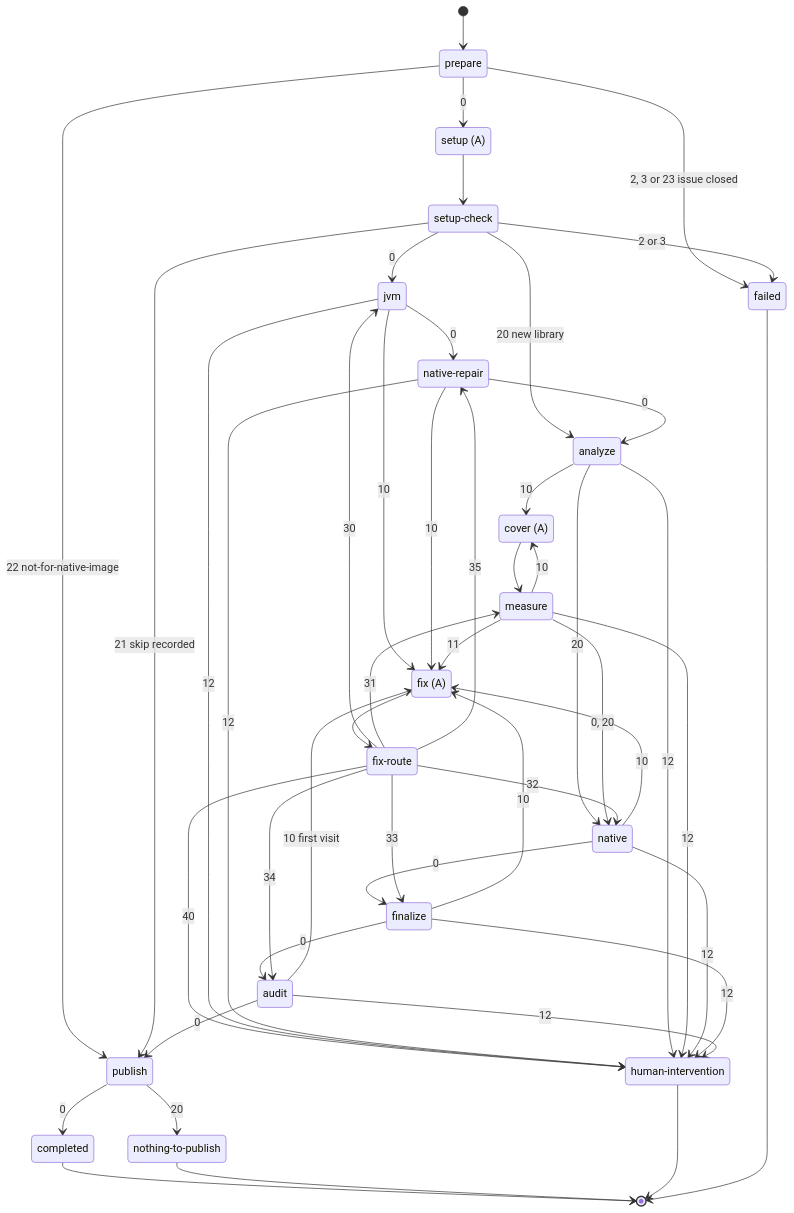
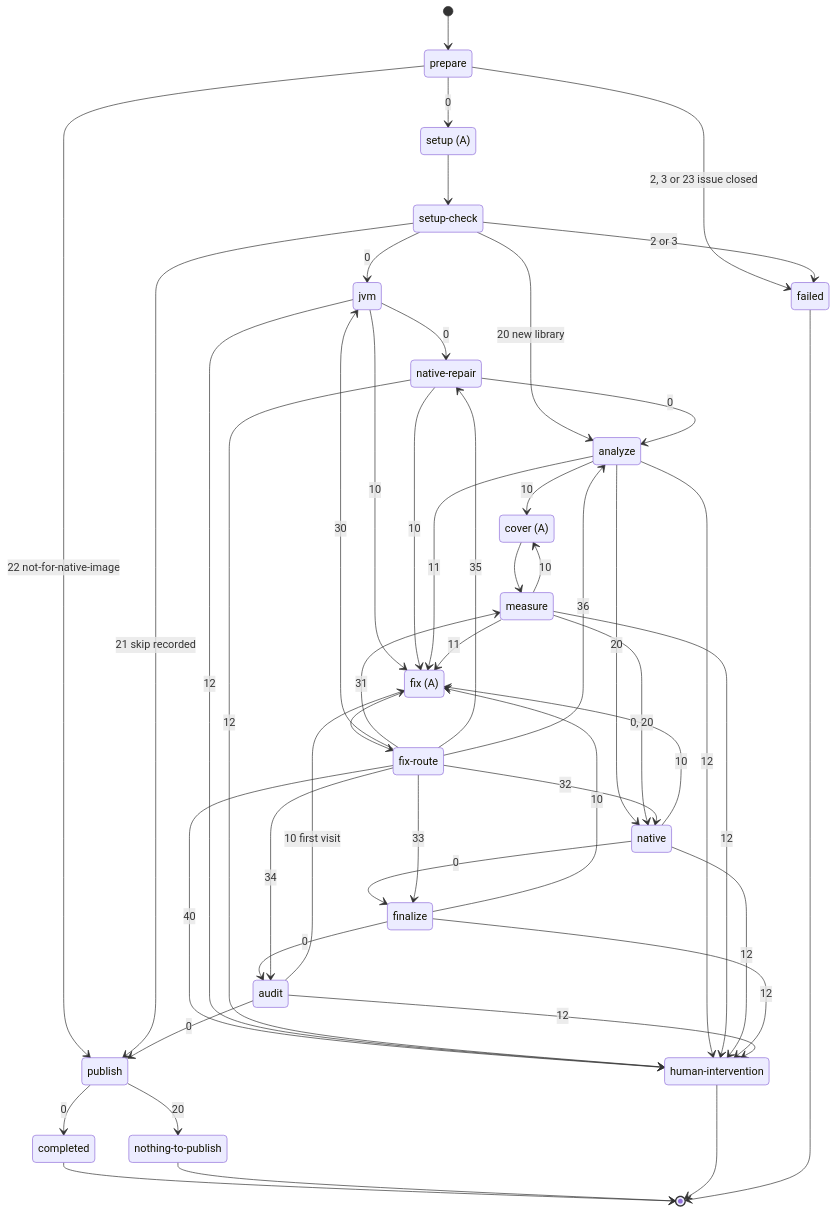
The diagram in forge/docs/architecture/workflow-pipeline.md (oracle/graalvm-reachability-metadata), drawn with Mermaid before and after one commit. The commit also changed other lines of this file and 2 other files, not shown here.

````diff
--- a/forge/docs/architecture/workflow-pipeline.md
+++ b/forge/docs/architecture/workflow-pipeline.md
@@ -31,58 +31,60 @@
 ```mermaid
 stateDiagram-v2
     state "setup (A)" as setup
     state "cover (A)" as cover
     state "fix (A)" as fix
     state "fix-route" as route
     state "native-repair" as nrepair
     state "nothing-to-publish" as nothing
     state "human-intervention" as human
 
     [*] --> prepare
     prepare --> setup: 0
     prepare --> publish: 22 not-for-native-image
     prepare --> failed: 2, 3 or 23 issue closed
     state "setup-check" as check
     setup --> check
     check --> jvm: 0
     check --> analyze: 20 new library
     check --> publish: 21 skip recorded
     check --> failed: 2 or 3
     jvm --> nrepair: 0
     jvm --> fix: 10
     nrepair --> analyze: 0
     nrepair --> fix: 10
     analyze --> cover: 10
     analyze --> native: 20
+    analyze --> fix: 11
     cover --> measure
     measure --> cover: 10
     measure --> fix: 11
     measure --> native: 0, 20
     native --> finalize: 0
     native --> fix: 10
     finalize --> audit: 0
     finalize --> fix: 10
     audit --> fix: 10 first visit
     audit --> publish: 0
     fix --> route
     route --> jvm: 30
     route --> measure: 31
     route --> native: 32
     route --> finalize: 33
     route --> audit: 34
     route --> nrepair: 35
+    route --> analyze: 36
     route --> human: 40
     jvm --> human: 12
     nrepair --> human: 12
     analyze --> human: 12
     measure --> human: 12
     native --> human: 12
     finalize --> human: 12
     audit --> human: 12
     publish --> completed: 0
     publish --> nothing: 20
     completed --> [*]
     nothing --> [*]
     human --> [*]
     failed --> [*]
 ```
````
